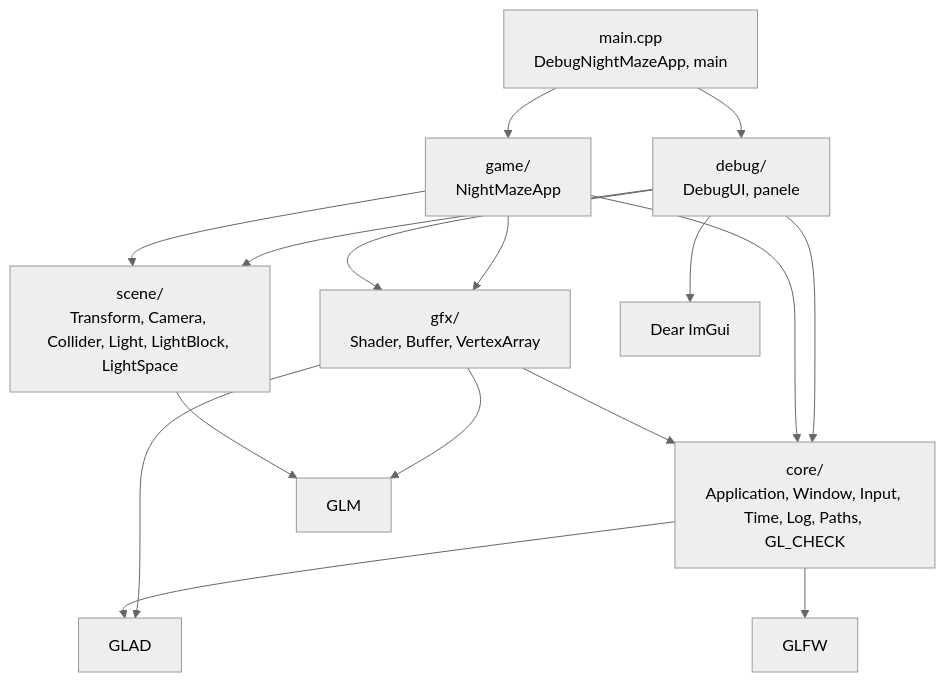
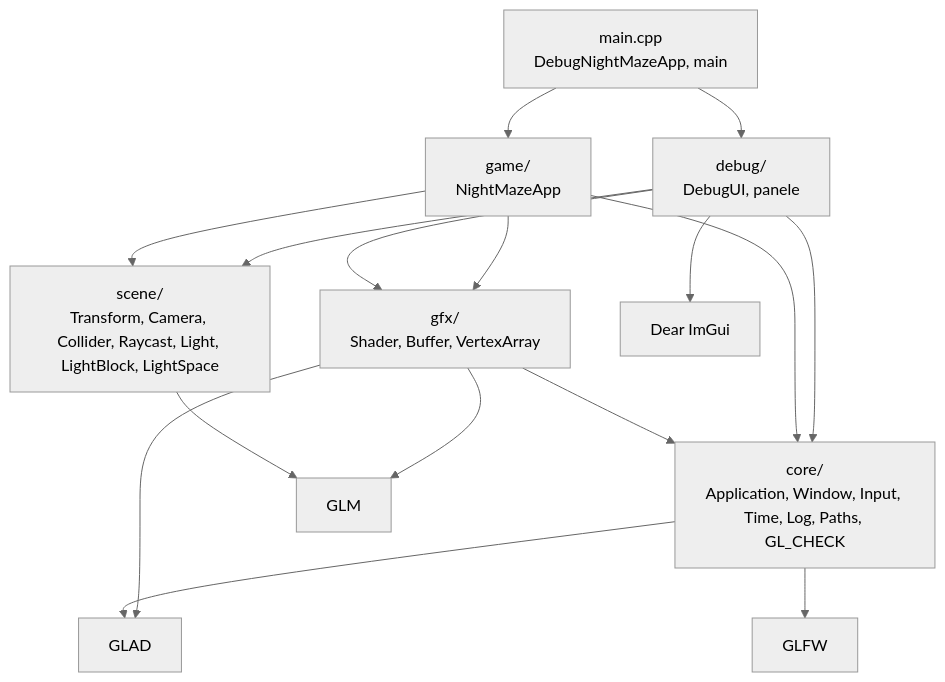
Before and after one commit to Shironex/night-maze: the diagram in docs/modules/scene/README.md, drawn with Mermaid (neutral theme). The commit also changed other lines of this file and 6 other files, not shown here.

````diff
--- a/docs/modules/scene/README.md
+++ b/docs/modules/scene/README.md
@@ -68,18 +70,18 @@
 ```mermaid
 flowchart TD
     Main["main.cpp<br/>DebugNightMazeApp, main"] --> Debug["debug/<br/>DebugUI, panele"]
     Main --> Game["game/<br/>NightMazeApp"]
     Debug --> Core["core/<br/>Application, Window, Input, Time, Log, Paths, GL_CHECK"]
     Game --> Core
     Game --> Gfx
     Debug --> Gfx
     Debug --> Scene
     Game --> Scene
     Gfx["gfx/<br/>Shader, Buffer, VertexArray"] --> Core
     Gfx --> Glm
-    Scene["scene/<br/>Transform, Camera, Collider, Light, LightBlock, LightSpace"] --> Glm["GLM"]
+    Scene["scene/<br/>Transform, Camera, Collider, Raycast, Light, LightBlock, LightSpace"] --> Glm["GLM"]
     Gfx --> Glad["GLAD"]
     Core --> Glad
     Core --> Glfw["GLFW"]
     Debug --> ImGui["Dear ImGui"]
 ```
````
